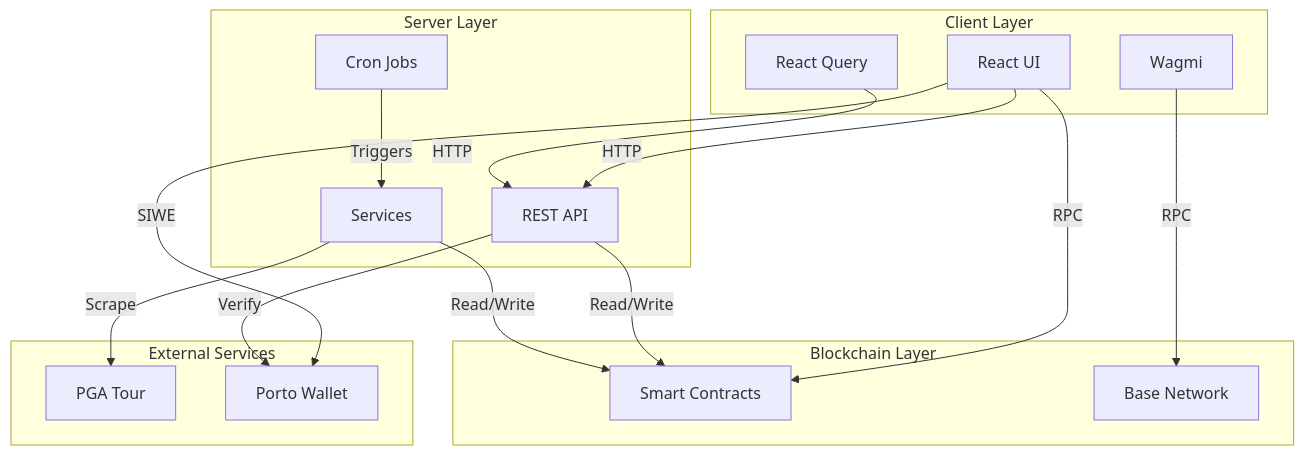
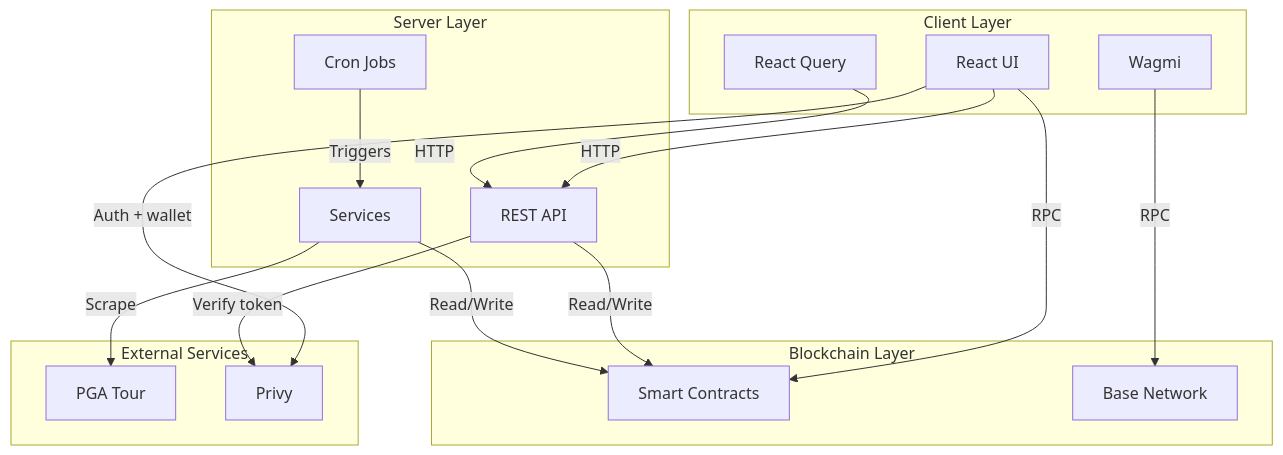
The first of 4 diagrams in spec/cross-layer.md (MagRelo/cut), drawn with Mermaid before and after one commit. The commit also changed other lines of this file and 62 other files, not shown here.

````diff
--- a/spec/cross-layer.md
+++ b/spec/cross-layer.md
@@ -5,37 +5,37 @@
 ```mermaid
 graph TB
     subgraph client[Client Layer]
         UI[React UI]
         WAGMI[Wagmi]
         QUERY[React Query]
     end
     
     subgraph server[Server Layer]
         API[REST API]
         SVC[Services]
         CRON[Cron Jobs]
     end
     
     subgraph blockchain[Blockchain Layer]
         CONTRACTS[Smart Contracts]
         BASE[Base Network]
     end
     
     subgraph external[External Services]
         PGA[PGA Tour]
-        PORTO[Porto Wallet]
+        PRIVY[Privy]
     end
     
     UI -->|HTTP| API
     UI -->|RPC| CONTRACTS
     WAGMI -->|RPC| BASE
     QUERY -->|HTTP| API
     
     API -->|Read/Write| CONTRACTS
     SVC -->|Scrape| PGA
     SVC -->|Read/Write| CONTRACTS
     CRON -->|Triggers| SVC
     
-    UI -->|SIWE| PORTO
-    API -->|Verify| PORTO
+    UI -->|Auth + wallet| PRIVY
+    API -->|Verify token| PRIVY
 ```
````
